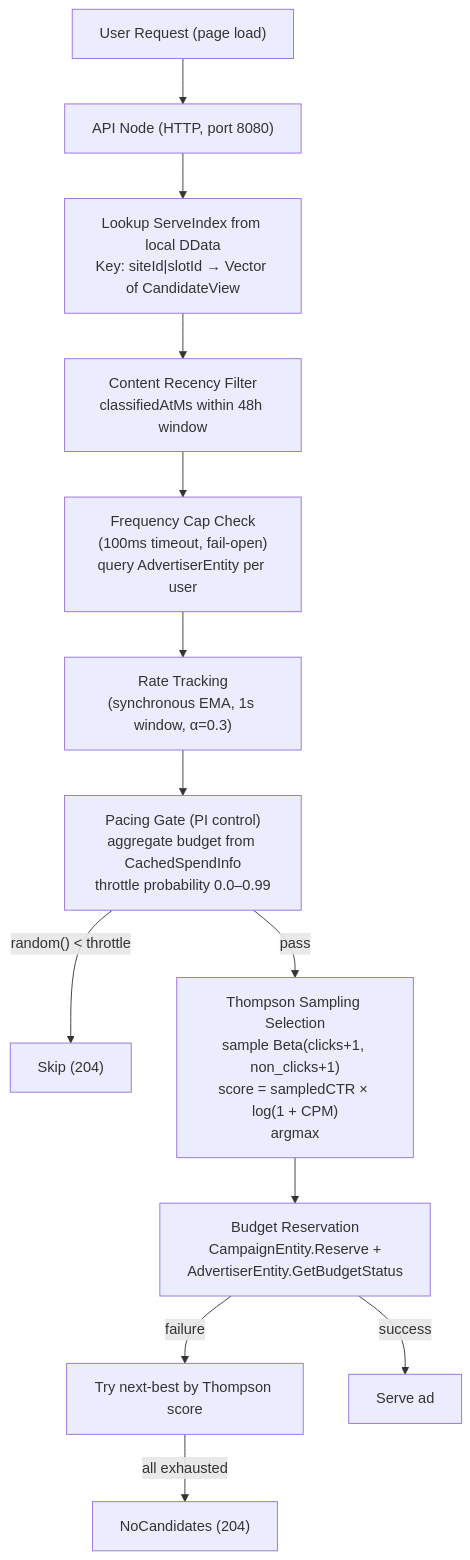
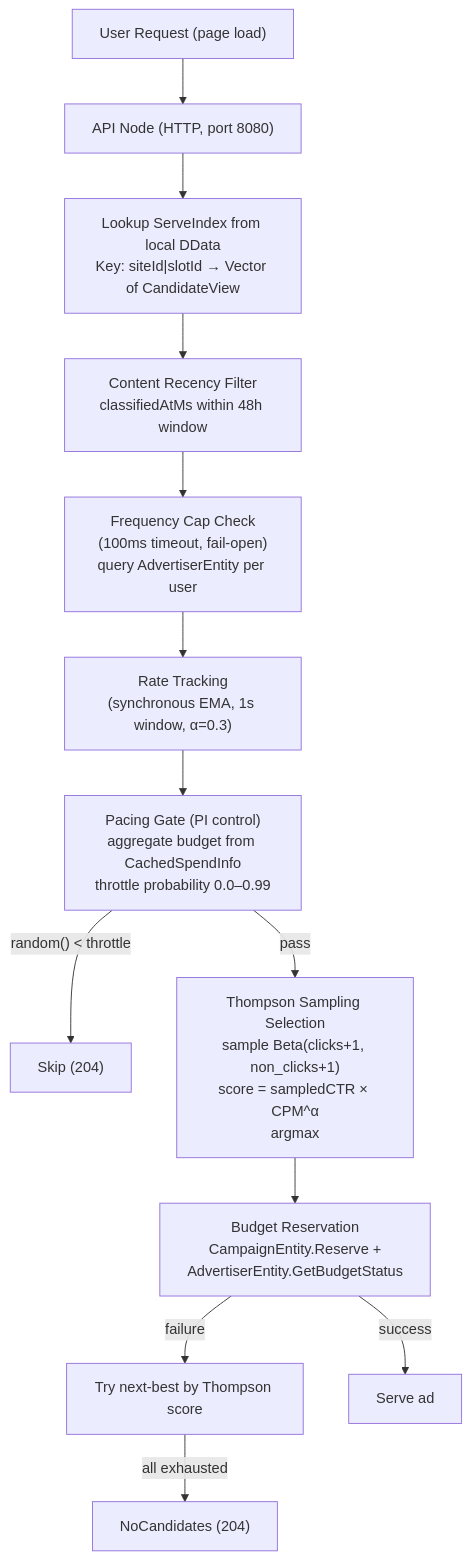
Before and after one commit to promovolve/promovolve-book: the second of 2 diagrams in src/architecture/data-flow.md, drawn with Mermaid. The commit also changed 31 other files, not shown here.

````diff
--- a/src/architecture/data-flow.md
+++ b/src/architecture/data-flow.md
@@ -24,15 +24,15 @@
 ```mermaid
 graph TD
     User["User Request (page load)"] --> API["API Node (HTTP, port 8080)"]
     API --> Lookup["Lookup ServeIndex from local DData<br/>Key: siteId|slotId → Vector of CandidateView"]
     Lookup --> Recency["Content Recency Filter<br/>classifiedAtMs within 48h window"]
     Recency --> FreqCap["Frequency Cap Check<br/>(100ms timeout, fail-open)<br/>query AdvertiserEntity per user"]
     FreqCap --> Rate["Rate Tracking<br/>(synchronous EMA, 1s window, α=0.3)"]
     Rate --> Pacing["Pacing Gate (PI control)<br/>aggregate budget from CachedSpendInfo<br/>throttle probability 0.0–0.99"]
     Pacing -->|"random() < throttle"| Skip["Skip (204)"]
-    Pacing -->|pass| TS["Thompson Sampling Selection<br/>sample Beta(clicks+1, non_clicks+1)<br/>score = sampledCTR × log(1 + CPM)<br/>argmax"]
+    Pacing -->|pass| TS["Thompson Sampling Selection<br/>sample Beta(clicks+1, non_clicks+1)<br/>score = sampledCTR × CPM^α<br/>argmax"]
     TS --> Budget["Budget Reservation<br/>CampaignEntity.Reserve +<br/>AdvertiserEntity.GetBudgetStatus"]
     Budget -->|failure| Next["Try next-best by Thompson score"]
     Budget -->|success| Serve["Serve ad"]
     Next -->|all exhausted| NoCandidates["NoCandidates (204)"]
 ```
````
